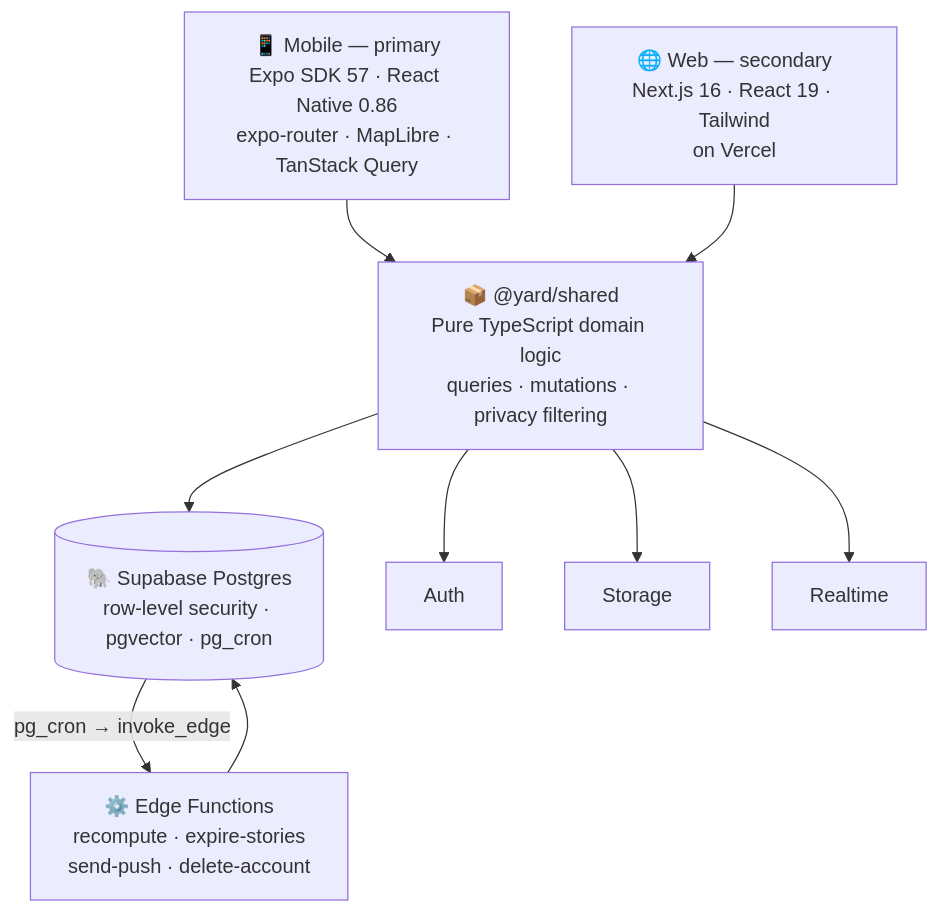
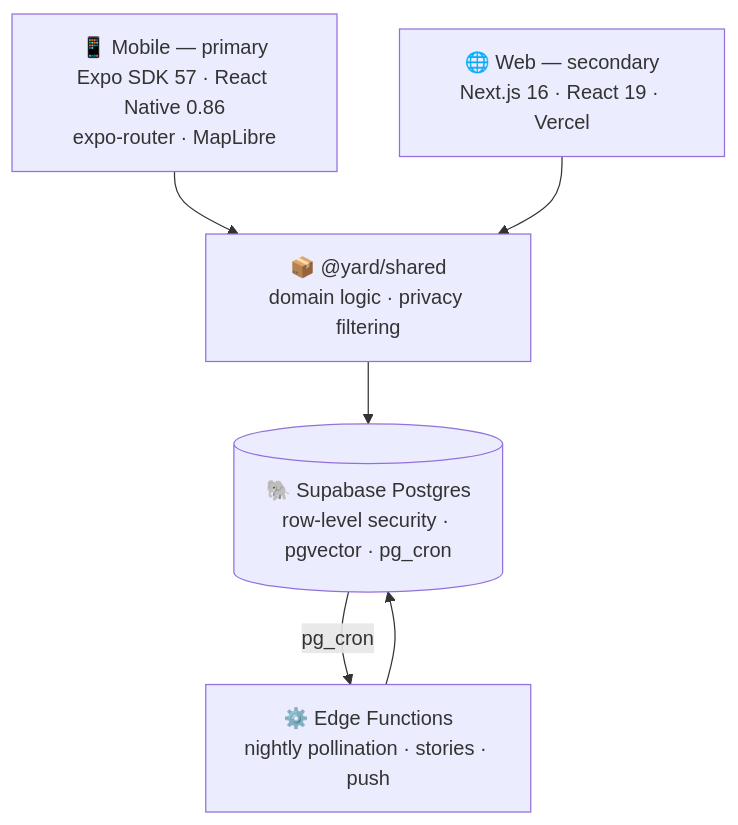
One commit to leohngdev/yard-social changed the diagram in README.md. Above: the diagram before and after it, drawn with Mermaid. The commit also changed other lines of this file, not shown here.

````diff
--- a/README.md
+++ b/README.md
@@ -48,20 +125,14 @@
 ```mermaid
 flowchart TD
-    M["📱 Mobile — primary<br>Expo SDK 57 · React Native 0.86<br>expo-router · MapLibre · TanStack Query"]
-    W["🌐 Web — secondary<br>Next.js 16 · React 19 · Tailwind<br>on Vercel"]
-    S["📦 @yard/shared<br>Pure TypeScript domain logic<br>queries · mutations · privacy filtering"]
+    M["📱 Mobile — primary<br>Expo SDK 57 · React Native 0.86<br>expo-router · MapLibre"]
+    W["🌐 Web — secondary<br>Next.js 16 · React 19 · Vercel"]
+    S["📦 @yard/shared<br>domain logic · privacy filtering"]
     DB[("🐘 Supabase Postgres<br>row-level security · pgvector · pg_cron")]
-    AUTH["Auth"]
-    ST["Storage"]
-    RT["Realtime"]
-    F["⚙️ Edge Functions<br>recompute · expire-stories<br>send-push · delete-account"]
+    F["⚙️ Edge Functions<br>nightly pollination · stories · push"]
 
     M --> S
     W --> S
     S --> DB
-    S --> AUTH
-    S --> ST
-    S --> RT
-    DB -- "pg_cron → invoke_edge" --> F
+    DB -- "pg_cron" --> F
     F --> DB
 ```
````
